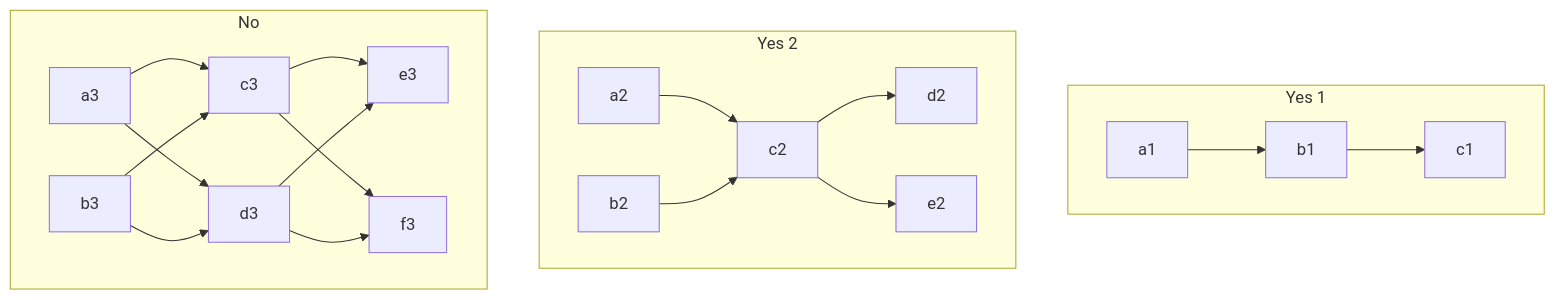
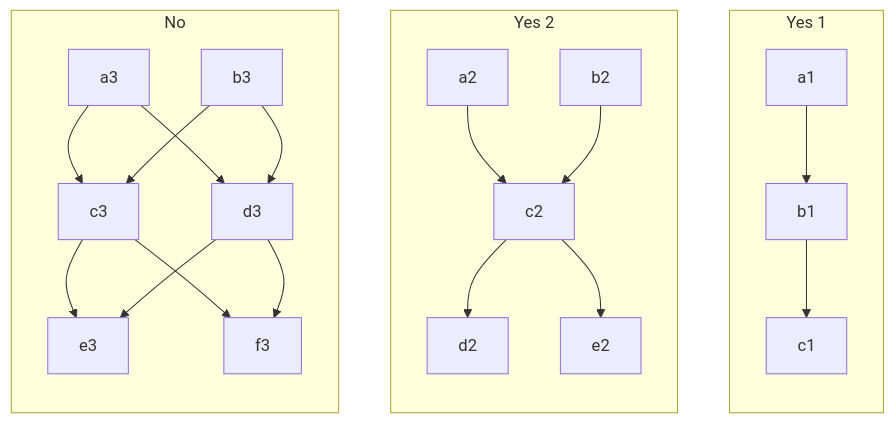
Before and after one commit to vczh-websites/vczh: diagram 12 of 17 in Blog/GLR-Refactoring/Mermaid.md, drawn with Mermaid.

````diff
--- a/Blog/GLR-Refactoring/Mermaid.md
+++ b/Blog/GLR-Refactoring/Mermaid.md
@@ -230,14 +230,17 @@
 ```mermaid
 graph TD
   subgraph Yes 1
+    direction TD
     a1-->b1-->c1
   end
 
   subgraph Yes 2
+    direction TD
     a2 & b2 --> c2 --> d2 & e2
   end
 
   subgraph No
+    direction TD
     a3 & b3 --> c3 & d3 --> e3 & f3
   end
 ```
````
